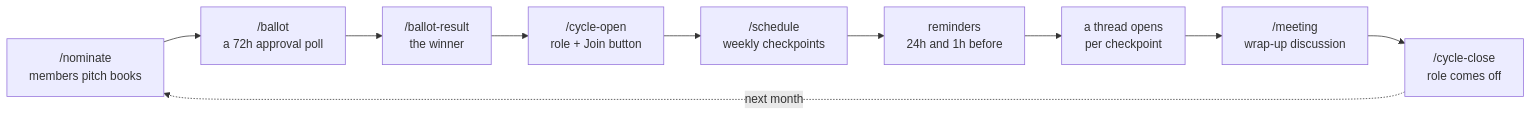
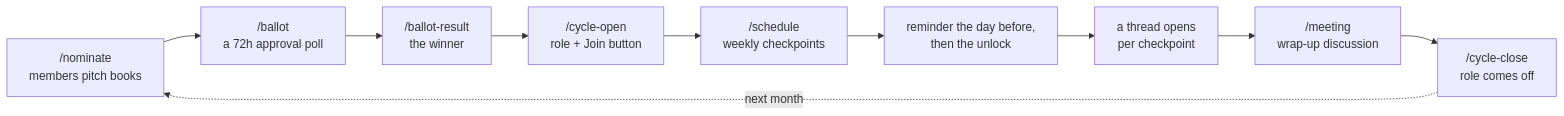
Before and after one commit to grantnedwards/Marginalia: the diagram in README.md, drawn with Mermaid. The commit also changed other lines of this file and 5 other files, not shown here.

First line of the commit message:
Drop the hour-before reminder for reading deadlines

````diff
--- a/README.md
+++ b/README.md
@@ -18,12 +18,12 @@
 ```mermaid
 flowchart LR
     A["/nominate<br/>members pitch books"] --> B["/ballot<br/>a 72h approval poll"]
     B --> C["/ballot-result<br/>the winner"]
     C --> D["/cycle-open<br/>role + Join button"]
     D --> E["/schedule<br/>weekly checkpoints"]
-    E --> F["reminders<br/>24h and 1h before"]
+    E --> F["reminder the day before,<br/>then the unlock"]
     F --> G["a thread opens<br/>per checkpoint"]
     G --> H["/meeting<br/>wrap-up discussion"]
     H --> I["/cycle-close<br/>role comes off"]
     I -.next month.-> A
 ```
````
